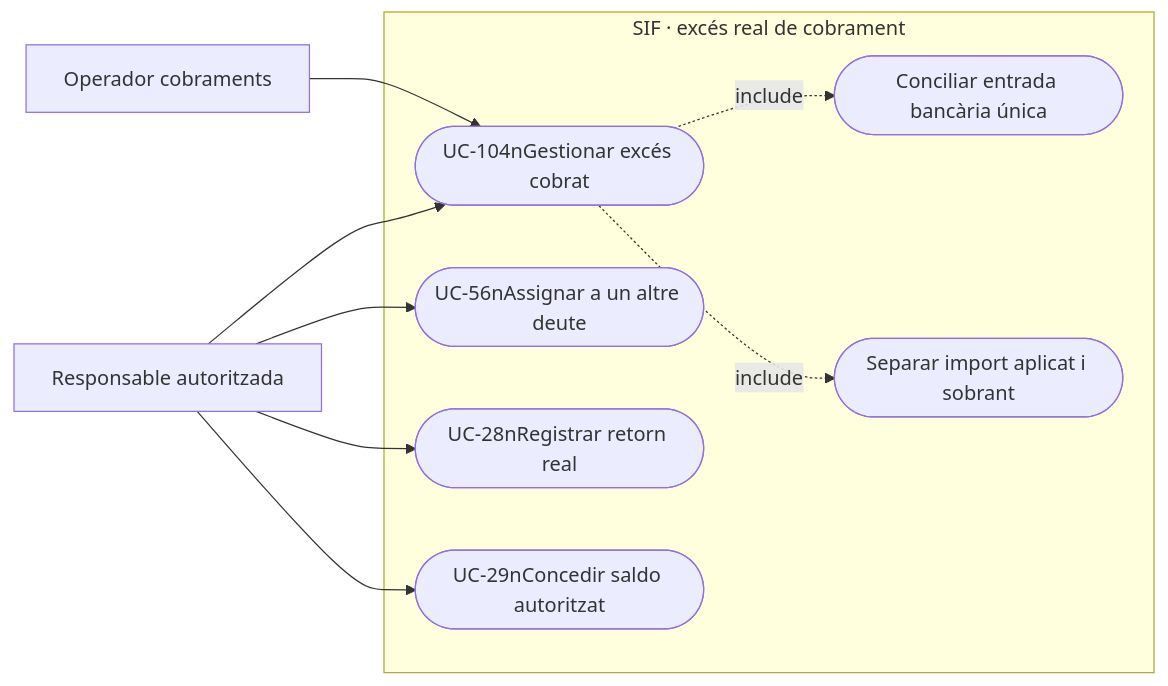
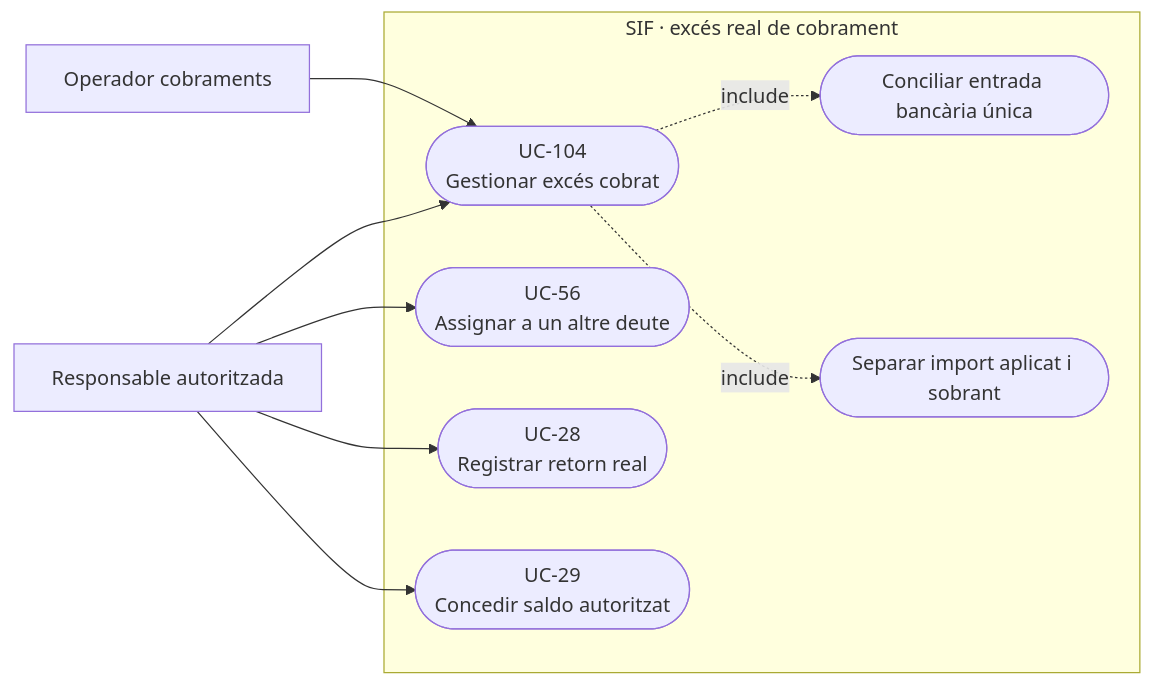
One commit to orgmeriemprismacat-del/verifactu changed the second of 11 diagrams in documentacio/07-uml-integrat/uc-104-gestionar-exces-cobrament.md. Above: the diagram before and after it, drawn with Mermaid.

Commit message:
docs(uml): corregir salts Mermaid UC-104

````diff
--- a/documentacio/07-uml-integrat/uc-104-gestionar-exces-cobrament.md
+++ b/documentacio/07-uml-integrat/uc-104-gestionar-exces-cobrament.md
@@ -89,20 +89,20 @@
 ```mermaid
 flowchart LR
   a_0["Operador cobraments"]
   a_1["Responsable autoritzada"]
   subgraph SIF_BOUNDARY["SIF · excés real de cobrament"]
-    u_0(["UC-104nGestionar excés cobrat"])
+    u_0(["UC-104<br/>Gestionar excés cobrat"])
     u_1(["Conciliar entrada bancària única"])
     u_2(["Separar import aplicat i sobrant"])
-    u_3(["UC-56nAssignar a un altre deute"])
-    u_4(["UC-28nRegistrar retorn real"])
-    u_5(["UC-29nConcedir saldo autoritzat"])
+    u_3(["UC-56<br/>Assignar a un altre deute"])
+    u_4(["UC-28<br/>Registrar retorn real"])
+    u_5(["UC-29<br/>Concedir saldo autoritzat"])
   end
   a_0 --> u_0
   a_1 --> u_0
   u_0 -.->|include| u_1
   u_0 -.->|include| u_2
   a_1 --> u_3
   a_1 --> u_4
   a_1 --> u_5
 ```
````
